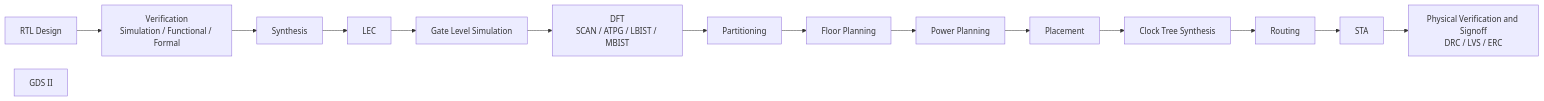
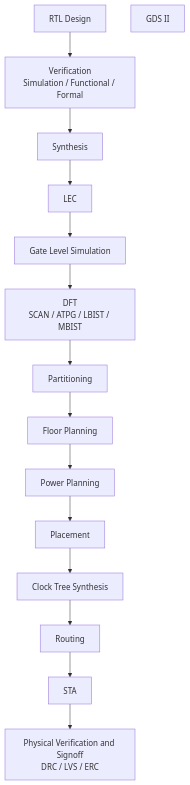
One commit to rajeshasokanupskill-sketch/RTL-to-GDS-using-open-source-EDA-tools changed the diagram in README.md. Above: the diagram before and after it, drawn with Mermaid.

Commit message:
commited design flow chart5

````diff
--- a/README.md
+++ b/README.md
@@ -3,37 +3,37 @@
 ```mermaid
-flowchart LR
+flowchart TD
 
 %% Front End Design
 A1[RTL Design]
 A2[Verification<br/>Simulation / Functional / Formal]
 A3[Synthesis]
 A4[LEC]
 A5[Gate Level Simulation]
 A6[DFT<br/>SCAN / ATPG / LBIST / MBIST]
 
 A1 --> A2
 A2 --> A3
 A3 --> A4
 A4 --> A5
 A5 --> A6
 
 %% Back End Design
 B7[Partitioning]
 B8[Floor Planning]
 B9[Power Planning]
 B10[Placement]
 B11[Clock Tree Synthesis]
 B12[Routing]
 B13[STA]
 B14[Physical Verification and Signoff<br/>DRC / LVS / ERC]
 B15[GDS II]
 
 A6 --> B7
 B7 --> B8
 B8 --> B9
 B9 --> B10
 B10 --> B11
 B11 --> B12
 B12 --> B13
 B13 --> B14
 ```
````
